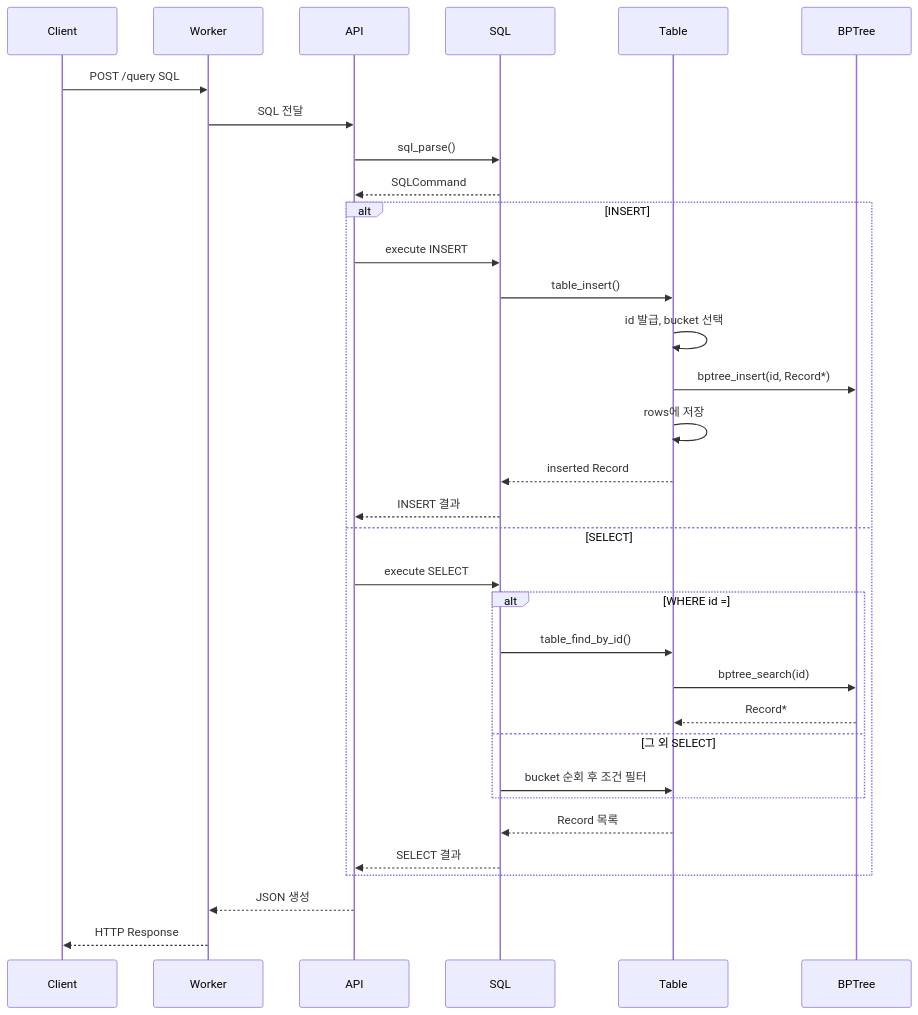
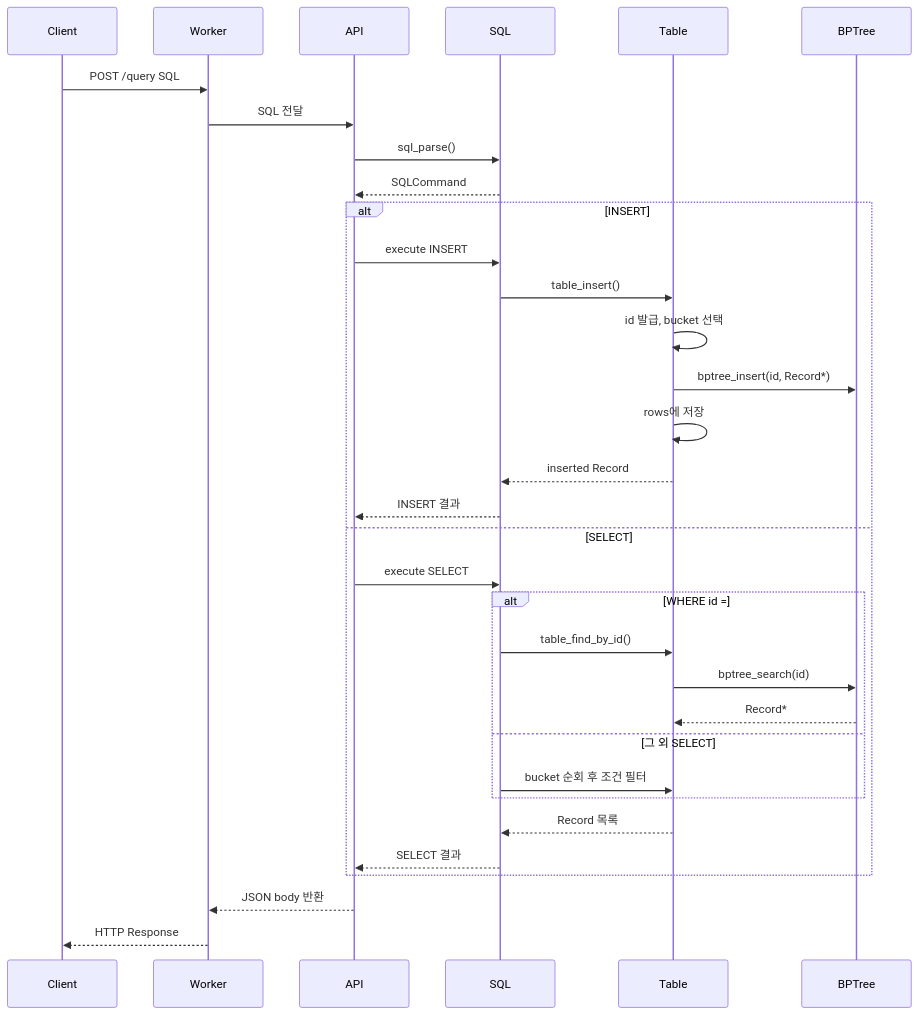
Before and after one commit to Jungle-12-303/week8-team2-network: the fifth of 8 diagrams in README.md, drawn with Mermaid. The commit also changed other lines of this file, not shown here.

````diff
--- a/README.md
+++ b/README.md
@@ -502,39 +488,39 @@
 ```mermaid
 sequenceDiagram
     participant Client
     participant Worker
     participant API
     participant SQL
     participant Table
     participant BPTree
 
     Client->>Worker: POST /query SQL
     Worker->>API: SQL 전달
     API->>SQL: sql_parse()
     SQL-->>API: SQLCommand
 
     alt INSERT
         API->>SQL: execute INSERT
         SQL->>Table: table_insert()
         Table->>Table: id 발급, bucket 선택
         Table->>BPTree: bptree_insert(id, Record*)
         Table->>Table: rows에 저장
         Table-->>SQL: inserted Record
         SQL-->>API: INSERT 결과
     else SELECT
         API->>SQL: execute SELECT
         alt WHERE id =
             SQL->>Table: table_find_by_id()
             Table->>BPTree: bptree_search(id)
             BPTree-->>Table: Record*
         else 그 외 SELECT
             SQL->>Table: bucket 순회 후 조건 필터
         end
         Table-->>SQL: Record 목록
         SQL-->>API: SELECT 결과
     end
 
-    API-->>Worker: JSON 생성
+    API-->>Worker: JSON body 반환 
     Worker-->>Client: HTTP Response
 
 ```
````
